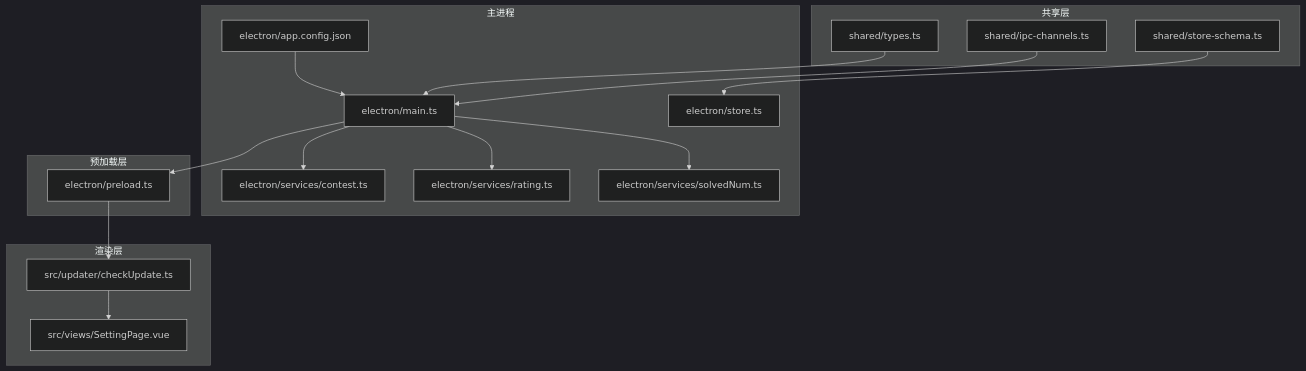
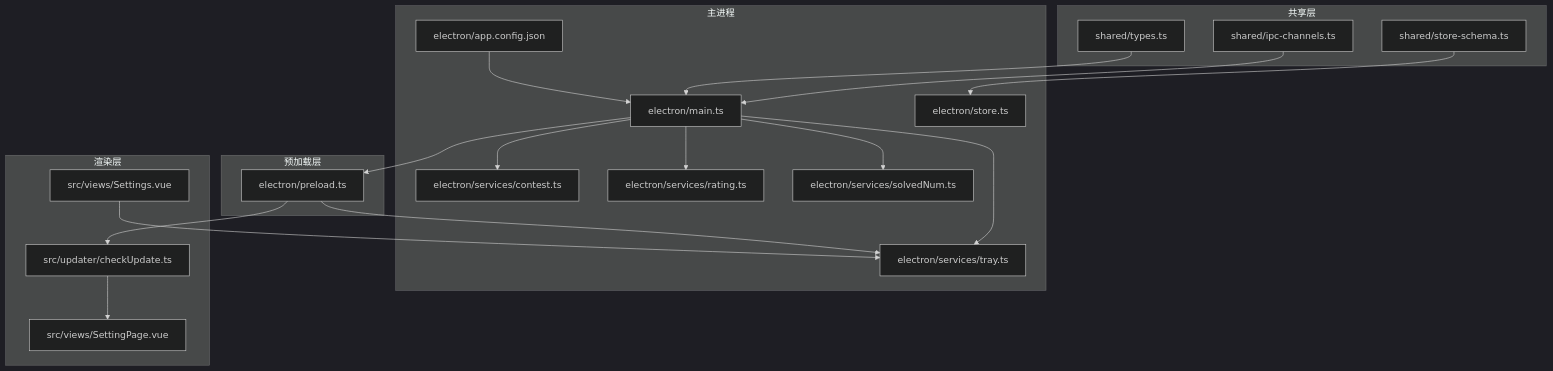
The first of 10 diagrams in .qoder/repowiki/zh/content/系统集成/系统集成.md (Siborne/OJFlow), drawn with Mermaid (dark theme) before and after one commit. The commit also changed other lines of this file and 23 other files, not shown here.

````diff
--- a/.qoder/repowiki/zh/content/系统集成/系统集成.md
+++ b/.qoder/repowiki/zh/content/系统集成/系统集成.md
@@ -59,33 +63,38 @@
 ```mermaid
 graph TB
 subgraph "共享层"
 IPC["shared/ipc-channels.ts"]
 Types["shared/types.ts"]
 StoreSchema["shared/store-schema.ts"]
 end
 subgraph "主进程"
 Main["electron/main.ts"]
 Store["electron/store.ts"]
 AppCfg["electron/app.config.json"]
 SvcContest["electron/services/contest.ts"]
 SvcRating["electron/services/rating.ts"]
 SvcSolved["electron/services/solvedNum.ts"]
+SvcTray["electron/services/tray.ts"]
 end
 subgraph "预加载层"
 Preload["electron/preload.ts"]
 end
 subgraph "渲染层"
 Updater["src/updater/checkUpdate.ts"]
 SettingPage["src/views/SettingPage.vue"]
+Settings["src/views/Settings.vue"]
 end
 IPC --> Main
 Types --> Main
 StoreSchema --> Store
 AppCfg --> Main
 Main --> Preload
 Preload --> Updater
 Main --> SvcContest
 Main --> SvcRating
 Main --> SvcSolved
+Main --> SvcTray
+Preload --> SvcTray
 Updater --> SettingPage
+Settings --> SvcTray
 ```
````
